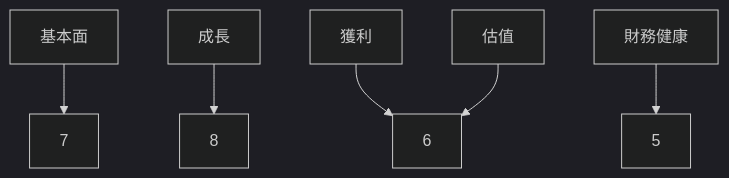
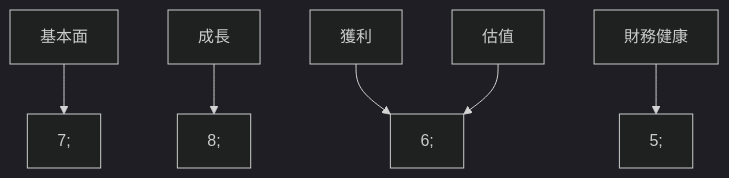
One commit to yennanliu/finance_data changed the first of 11 diagrams in ai_gen_report/stock/sofi/fundamental_analysis_2026-03-22_openai.md. Above: the diagram before and after it, drawn with Mermaid (dark theme). The commit also changed other lines of this file and 2258 other files, not shown here.

First line of the commit message:
chore: backfill Mermaid syntax repair across existing reports

````diff
--- a/ai_gen_report/stock/sofi/fundamental_analysis_2026-03-22_openai.md
+++ b/ai_gen_report/stock/sofi/fundamental_analysis_2026-03-22_openai.md
@@ -29,8 +29,8 @@
 ```mermaid
 graph TD;
-  基本面-->7;
-  成長-->8;
-  獲利-->6;
-  財務健康-->5;
-  估值-->6;
+  基本面 --> nb1["7;"]
+  成長 --> nb2["8;"]
+  獲利 --> nb3["6;"]
+  財務健康 --> nb4["5;"]
+  估值 --> nb3["6;"]
 ```
````
